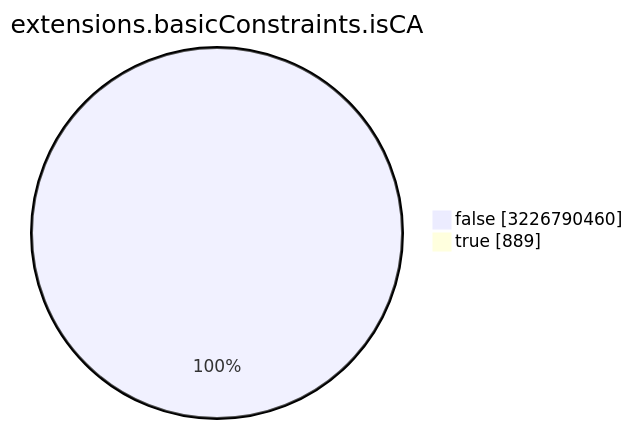
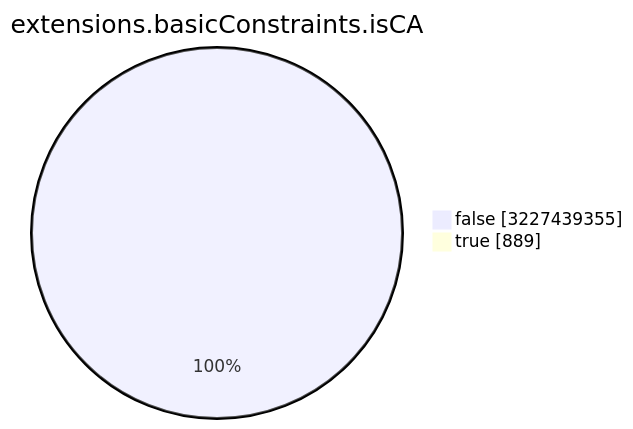
One commit to christiankrug/ctmonitor_visualization changed the seventh of 15 diagrams in TOTAL/README.md. Above: the diagram before and after it, drawn with Mermaid. The commit also changed other lines of this file, not shown here.

````diff
--- a/TOTAL/README.md
+++ b/TOTAL/README.md
@@ -3088,6 +3088,6 @@
 ```mermaid
 pie showData
 title extensions.basicConstraints.isCA
-"false" :3226790460
+"false" :3227439355
 "true" :889
 ```
````
